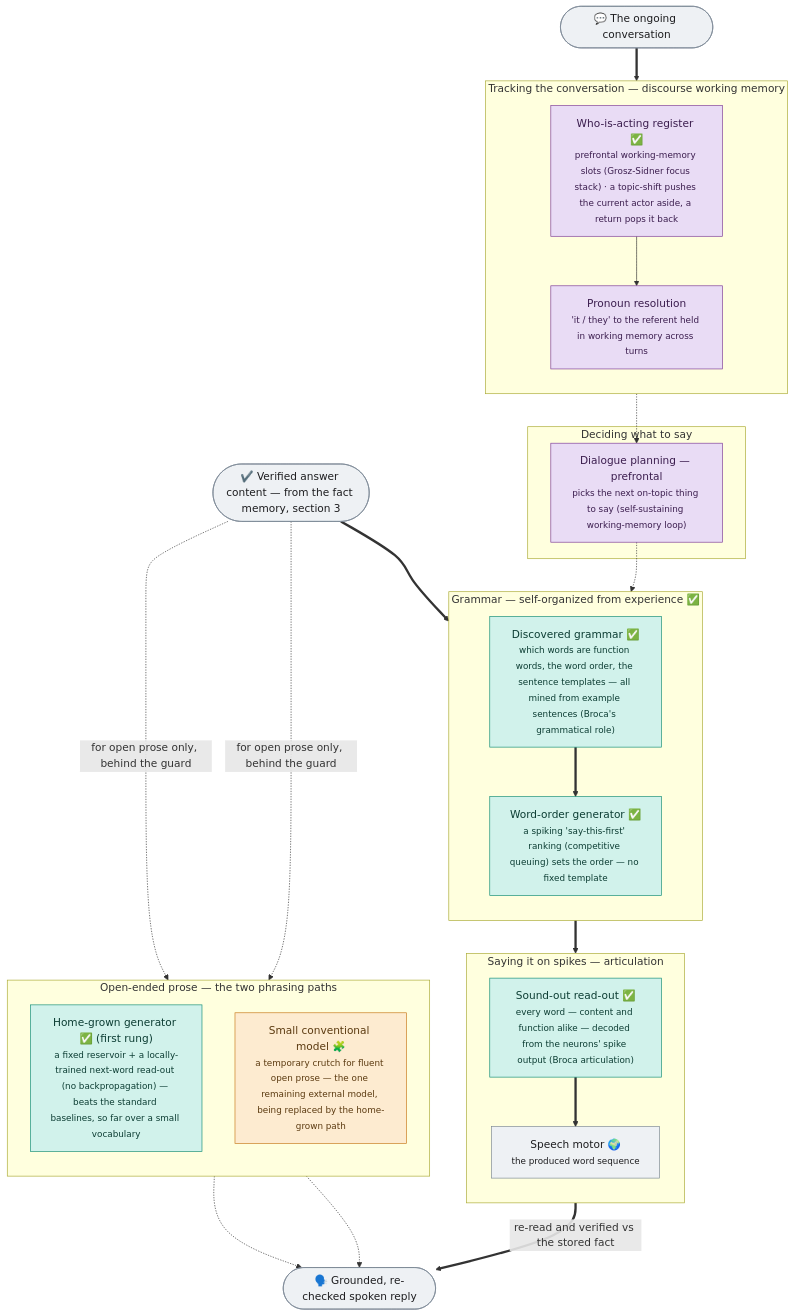
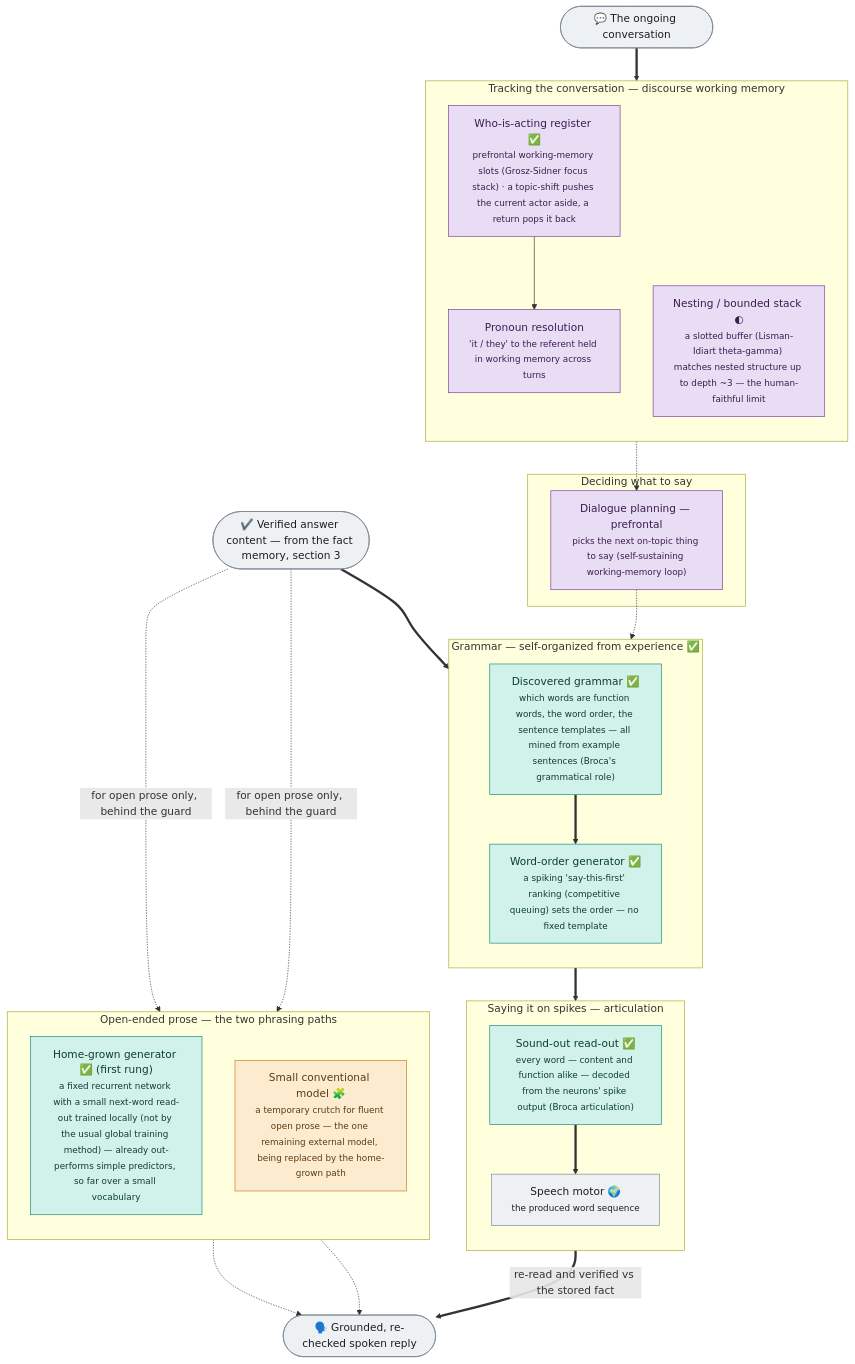
The fourth of 5 diagrams in docs/diagrams/brain_architecture_detailed.md (danthi123/neural-simulator), drawn with Mermaid before and after one commit. The commit also changed other lines of this file, not shown here.

````diff
--- a/docs/diagrams/brain_architecture_detailed.md
+++ b/docs/diagrams/brain_architecture_detailed.md
@@ -254,54 +261,55 @@
 ```mermaid
 flowchart TB
     Content(["✔️ Verified answer content — from the fact memory, section 3"]):::io
     UserTurn(["💬 The ongoing conversation"]):::io
 
     subgraph DISC["Tracking the conversation — discourse working memory"]
       direction TB
       REG["Who-is-acting register ✅<br/><small>prefrontal working-memory slots (Grosz-Sidner focus stack) · a topic-shift pushes the current actor aside, a return pops it back</small>"]:::plan
       ANAPH["Pronoun resolution<br/><small>'it / they' to the referent held in working memory across turns</small>"]:::plan
+      WM["Nesting / bounded stack ◐<br/><small>a slotted buffer (Lisman-Idiart theta-gamma) matches nested structure up to depth ~3 — the human-faithful limit</small>"]:::plan
       REG --> ANAPH
     end
 
     subgraph PLAN["Deciding what to say"]
       DLPFC["Dialogue planning — prefrontal<br/><small>picks the next on-topic thing to say (self-sustaining working-memory loop)</small>"]:::plan
     end
 
     subgraph GRAMMAR["Grammar — self-organized from experience ✅"]
       direction TB
       DISCOVER["Discovered grammar ✅<br/><small>which words are function words, the word order, the sentence templates — all mined from example sentences (Broca's grammatical role)</small>"]:::gen
       ORDER["Word-order generator ✅<br/><small>a spiking 'say-this-first' ranking (competitive queuing) sets the order — no fixed template</small>"]:::gen
       DISCOVER ==> ORDER
     end
 
     subgraph ARTIC["Saying it on spikes — articulation"]
       direction TB
       AW["Sound-out read-out ✅<br/><small>every word — content and function alike — decoded from the neurons' spike output (Broca articulation)</small>"]:::gen
       SPEECHM["Speech motor 🌍<br/><small>the produced word sequence</small>"]:::io
       AW ==> SPEECHM
     end
 
     subgraph OPEN["Open-ended prose — the two phrasing paths"]
       direction TB
-      EMERG["Home-grown generator ✅ (first rung)<br/><small>a fixed reservoir + a locally-trained next-word read-out (no backpropagation) — beats the standard baselines, so far over a small vocabulary</small>"]:::gen
+      EMERG["Home-grown generator ✅ (first rung)<br/><small>a fixed recurrent network with a small next-word read-out trained locally (not by the usual global training method) — already out-performs simple predictors, so far over a small vocabulary</small>"]:::gen
       CRUTCH["Small conventional model 🧩<br/><small>a temporary crutch for fluent open prose — the one remaining external model, being replaced by the home-grown path</small>"]:::crutch
     end
 
     Reply(["🗣️ Grounded, re-checked spoken reply"]):::io
 
     Content ==> DISCOVER
     UserTurn ==> REG
     ANAPH -.-> DLPFC
     DLPFC -.-> DISCOVER
     ORDER ==> AW
     SPEECHM ==>|re-read and verified vs the stored fact| Reply
     Content -.->|for open prose only, behind the guard| EMERG
     Content -.->|for open prose only, behind the guard| CRUTCH
     EMERG -.-> Reply
     CRUTCH -.-> Reply
 
     classDef io fill:#eef1f4,stroke:#7a8794,color:#1d1d1f;
     classDef plan fill:#e9dcf5,stroke:#7d3c98,color:#3b1d4e;
     classDef gen fill:#d1f2eb,stroke:#138d75,color:#0c3d33;
     classDef crutch fill:#fdebd0,stroke:#c8791a,color:#5b3a10;
 ```
````
